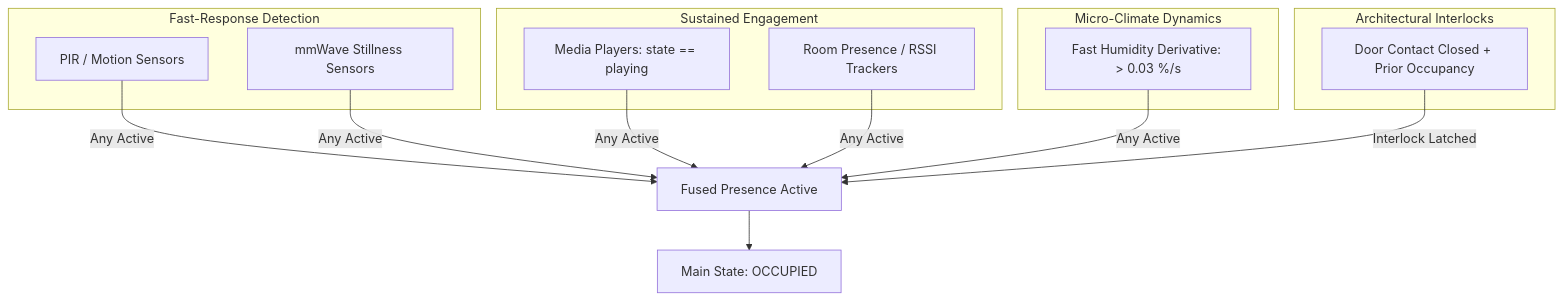
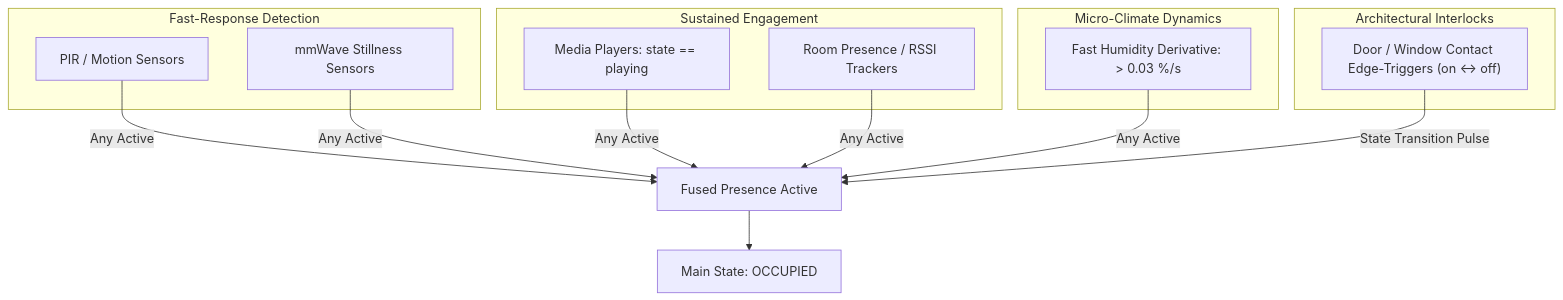
The fifth of 6 diagrams in SYSTEM_SPEC.md (pinkfish/hass-simply-magic-areas), drawn with Mermaid before and after one commit. The commit also changed other lines of this file and 12 other files, not shown here.

First line of the commit message:
feat(light,presence,fan): add contact edge-triggers, Z-Wave backoff retry, fault resilience, sensorless rooms, and switch default dim pre-staging (v1.1.2)

````diff
--- a/SYSTEM_SPEC.md
+++ b/SYSTEM_SPEC.md
@@ -232,29 +232,29 @@
 ```mermaid
 flowchart TD
     subgraph Fast-Response Detection
         PIR["PIR / Motion Sensors"]
         mmWave["mmWave Stillness Sensors"]
     end
 
     subgraph Sustained Engagement
         Media["Media Players: state == playing"]
         BLE["Room Presence / RSSI Trackers"]
     end
 
     subgraph Micro-Climate Dynamics
         HumRise["Fast Humidity Derivative: > 0.03 %/s"]
     end
 
     subgraph Architectural Interlocks
-        DoorContact["Door Contact Closed + Prior Occupancy"]
+        DoorContact["Door / Window Contact Edge-Triggers (on <-> off)"]
     end
 
     PIR -->|Any Active| FUSED["Fused Presence Active"]
     mmWave -->|Any Active| FUSED
     Media -->|Any Active| FUSED
     BLE -->|Any Active| FUSED
     HumRise -->|Any Active| FUSED
-    DoorContact -->|Interlock Latched| FUSED
+    DoorContact -->|State Transition Pulse| FUSED
 
     FUSED --> OCCUPIED["Main State: OCCUPIED"]
 ```
````
